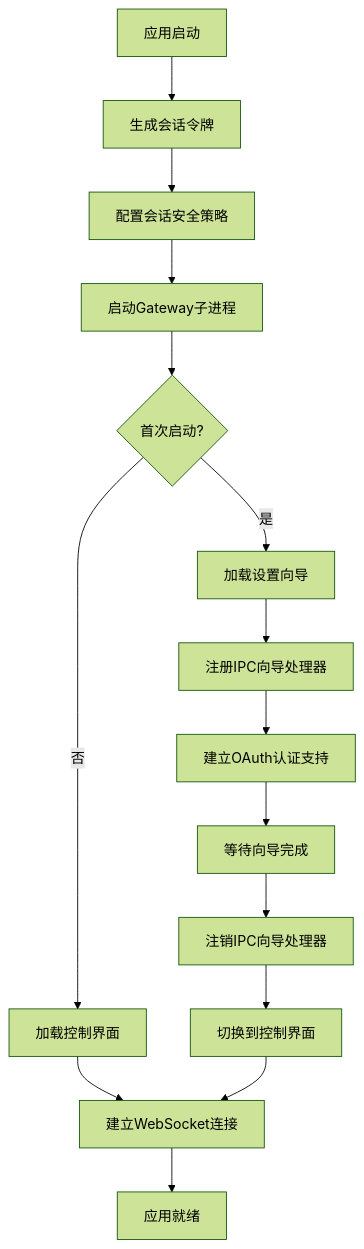
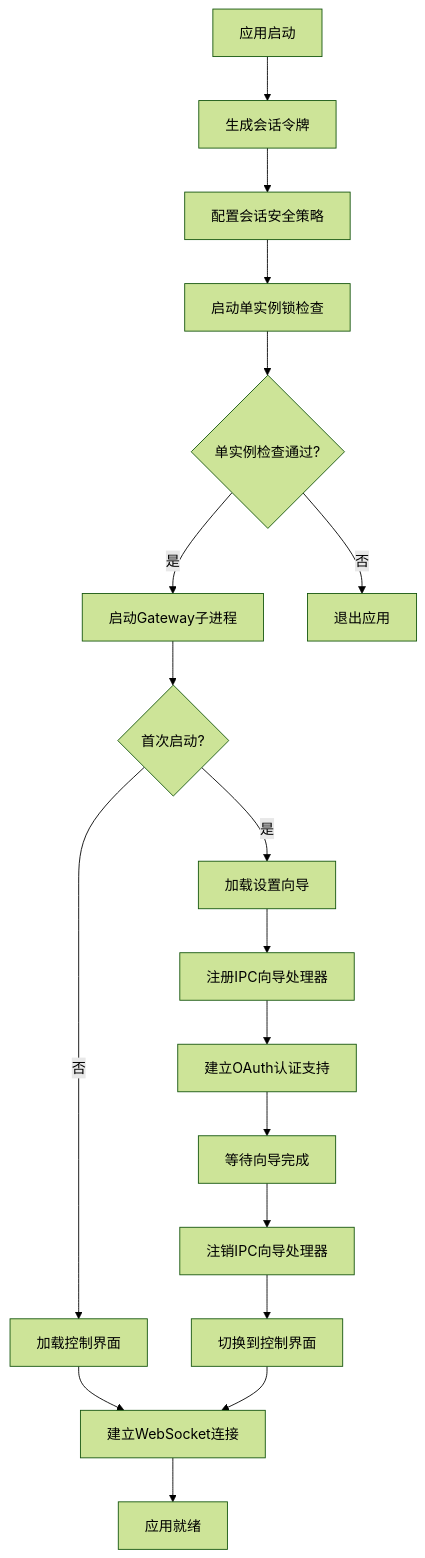
The fourth of 19 diagrams in .qoder/repowiki/zh/content/核心概念/Electron应用增强.md (verse-ai-org/openclaw), drawn with Mermaid (forest theme) before and after one commit. The commit also changed other lines of this file and 19 other files, not shown here.

````diff
--- a/.qoder/repowiki/zh/content/核心概念/Electron应用增强.md
+++ b/.qoder/repowiki/zh/content/核心概念/Electron应用增强.md
@@ -238,17 +267,20 @@
 ```mermaid
 flowchart TD
 A[应用启动] --> B[生成会话令牌]
 B --> C[配置会话安全策略]
-C --> D[启动Gateway子进程]
-D --> E{首次启动?}
-E --> |是| F[加载设置向导]
-E --> |否| G[加载控制界面]
-F --> H[注册IPC向导处理器]
-H --> I[建立OAuth认证支持]
-I --> J[等待向导完成]
-J --> K[注销IPC向导处理器]
-K --> L[切换到控制界面]
-G --> M[建立WebSocket连接]
-L --> M
-M --> N[应用就绪]
+C --> D[启动单实例锁检查]
+D --> E{单实例检查通过?}
+E --> |是| F[启动Gateway子进程]
+E --> |否| G[退出应用]
+F --> H{首次启动?}
+H --> |是| I[加载设置向导]
+H --> |否| J[加载控制界面]
+I --> K[注册IPC向导处理器]
+K --> L[建立OAuth认证支持]
+L --> M[等待向导完成]
+M --> N[注销IPC向导处理器]
+N --> O[切换到控制界面]
+J --> P[建立WebSocket连接]
+O --> P
+P --> Q[应用就绪]
 ```
````
